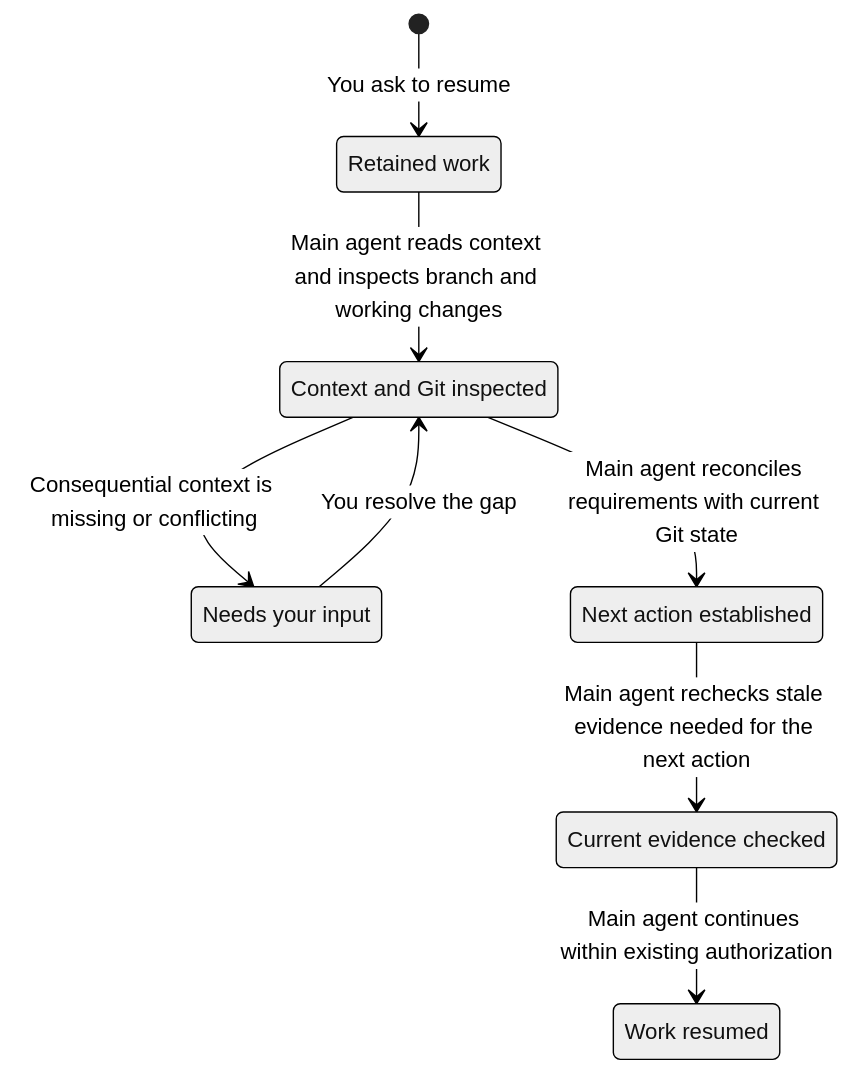
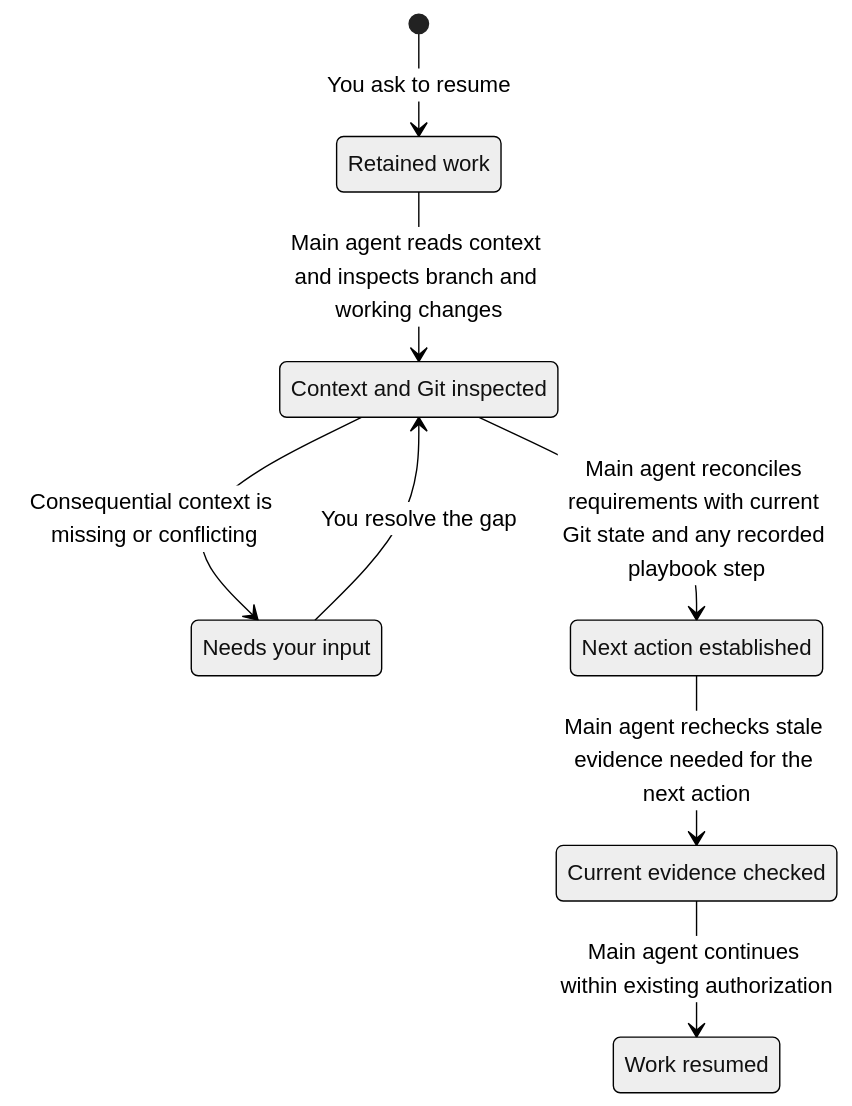
The fourth of 4 diagrams in docs/workflow.md (jvillegasd/harness), drawn with Mermaid (neutral theme) before and after one commit. The commit also changed other lines of this file and 7 other files, not shown here.

````diff
--- a/docs/workflow.md
+++ b/docs/workflow.md
@@ -103,17 +164,17 @@
 ```mermaid
 stateDiagram-v2
     state "Retained work" as Retained
     state "Context and Git inspected" as Inspected
     state "Needs your input" as Waiting
     state "Next action established" as Next
     state "Current evidence checked" as Checked
     state "Work resumed" as Resumed
 
     [*] --> Retained: You ask to resume
     Retained --> Inspected: Main agent reads context and inspects branch and working changes
     Inspected --> Waiting: Consequential context is missing or conflicting
     Waiting --> Inspected: You resolve the gap
-    Inspected --> Next: Main agent reconciles requirements with current Git state
+    Inspected --> Next: Main agent reconciles requirements with current Git state and any recorded playbook step
     Next --> Checked: Main agent rechecks stale evidence needed for the next action
     Checked --> Resumed: Main agent continues within existing authorization
 ```
````
